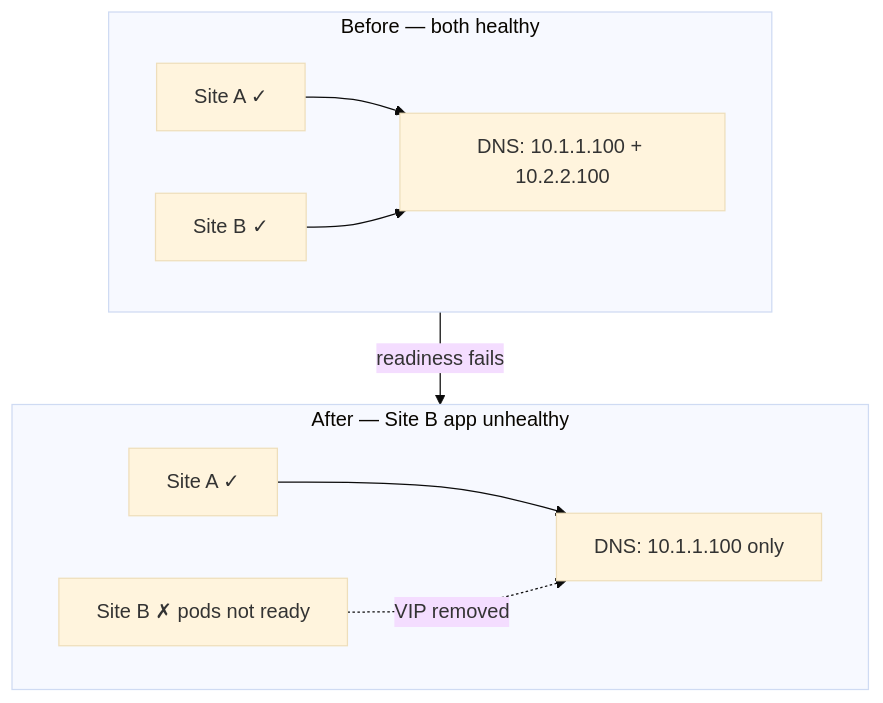
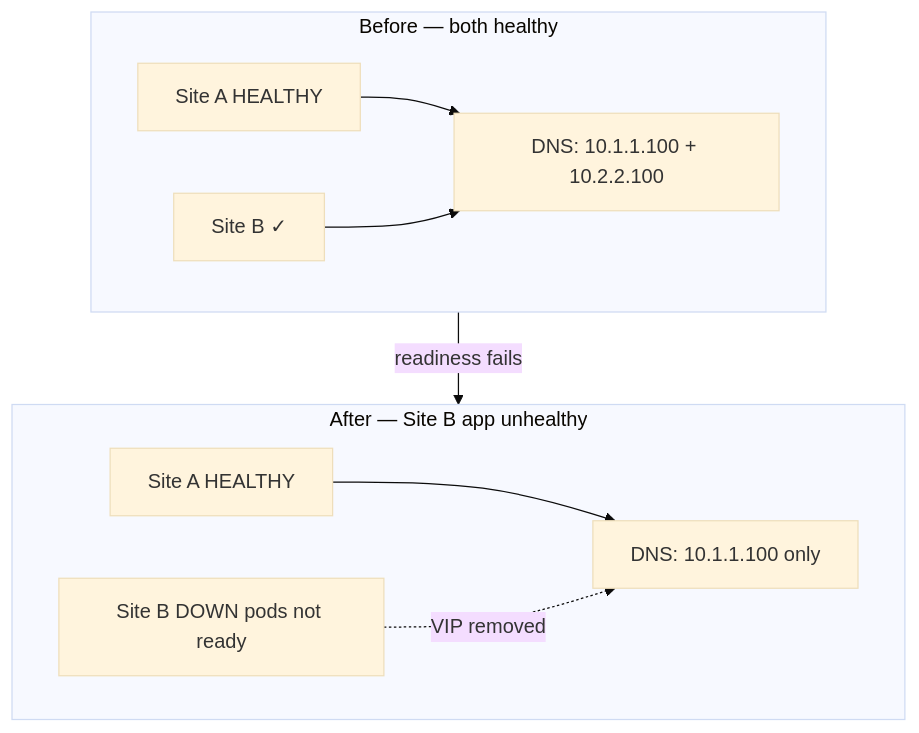
The sixth of 11 diagrams in global-load-balancing-k8gb-openshift.md (yajuvendrarawat/GLB-for-multisite-Openshift), drawn with Mermaid (base theme) before and after one commit. The commit also changed other lines of this file, not shown here.

````diff
--- a/global-load-balancing-k8gb-openshift.md
+++ b/global-load-balancing-k8gb-openshift.md
@@ -255,20 +255,20 @@
 ```mermaid
 flowchart TB
   subgraph Before["Before — both healthy"]
-    BA[Site A ✓] 
+    BA[Site A HEALTHY] 
     BB[Site B ✓]
     DNS1["DNS: 10.1.1.100 + 10.2.2.100"]
     BA --> DNS1
     BB --> DNS1
   end
 
   subgraph After["After — Site B app unhealthy"]
-    AA[Site A ✓]
-    AB[Site B ✗ pods not ready]
+    AA[Site A HEALTHY]
+    AB[Site B DOWN pods not ready]
     DNS2["DNS: 10.1.1.100 only"]
     AA --> DNS2
     AB -.->|VIP removed| DNS2
   end
 
   Before -->|readiness fails| After
 ```
````
